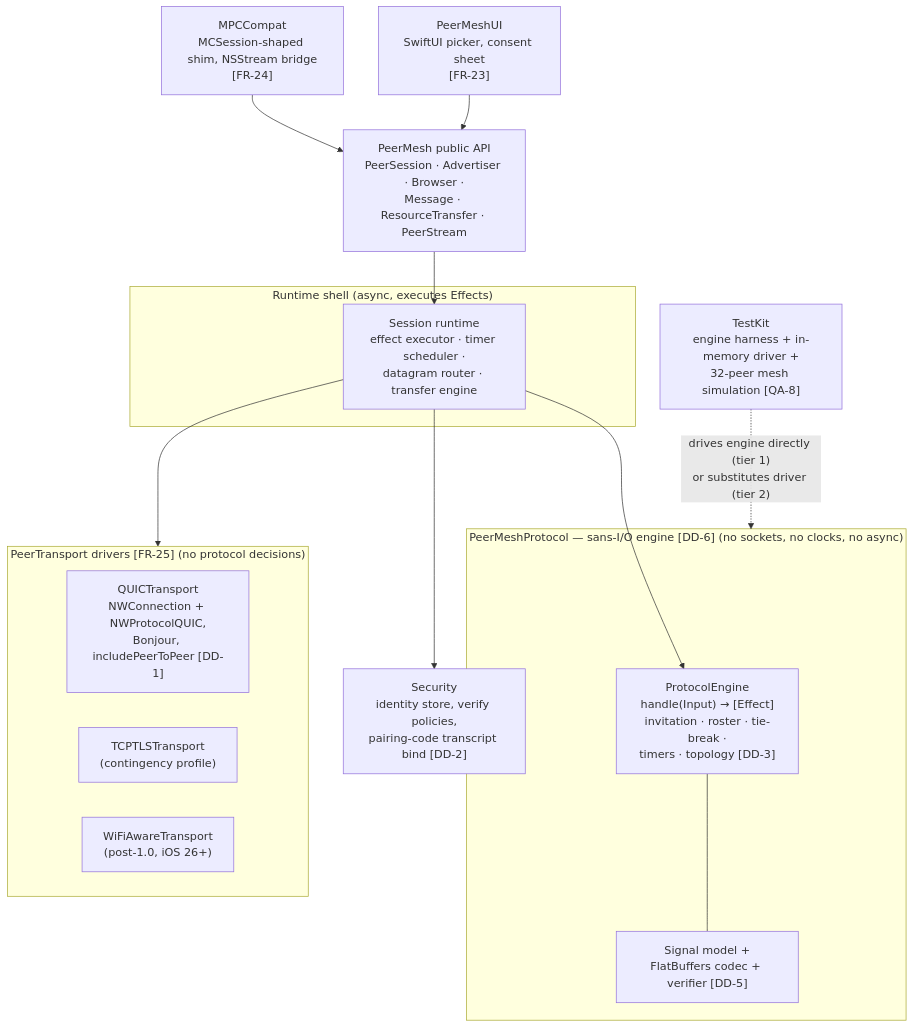
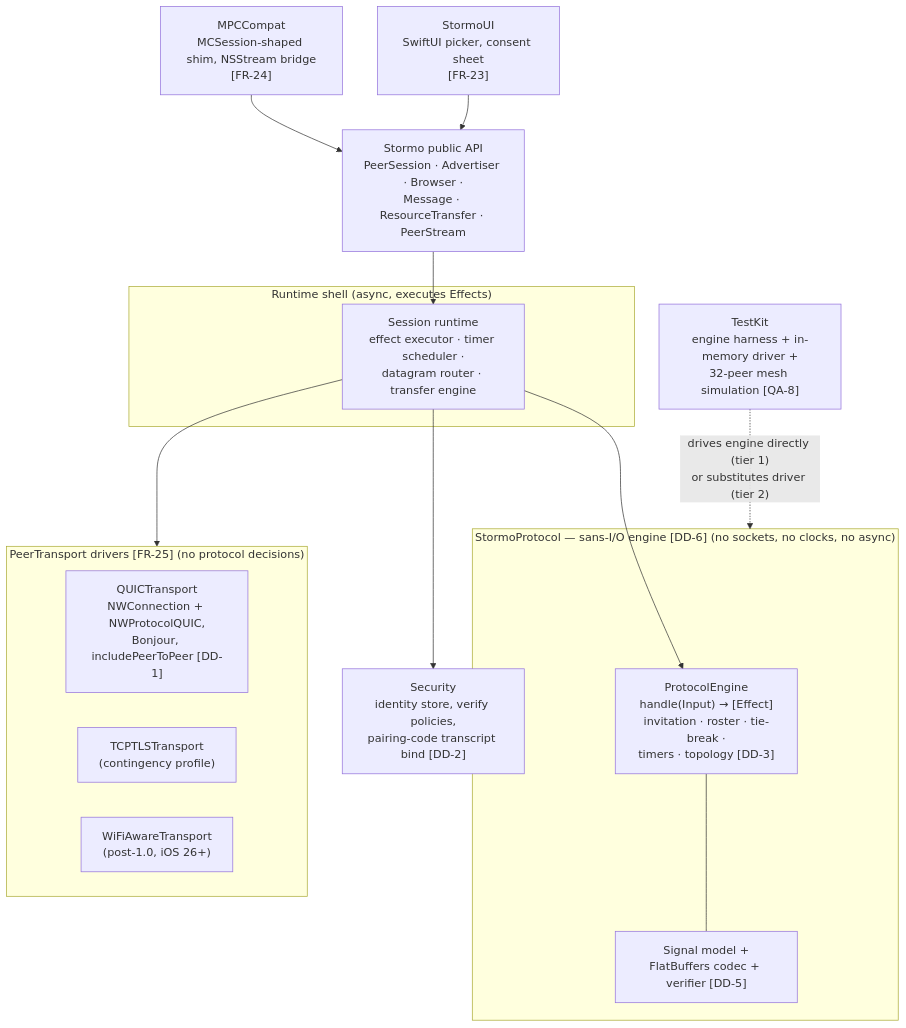
One commit to security-union/Stormo changed the second of 8 diagrams in docs/design-mpc-successor.md. Above: the diagram before and after it, drawn with Mermaid. The commit also changed other lines of this file and 93 other files, not shown here.

First line of the commit message:
Rename the project: PeerMesh → Stormo #major (#14)

````diff
--- a/docs/design-mpc-successor.md
+++ b/docs/design-mpc-successor.md
@@ -292,34 +292,34 @@
 ```mermaid
 flowchart TD
-    UI["PeerMeshUI<br/>SwiftUI picker, consent sheet<br/>[FR-23]"]
+    UI["StormoUI<br/>SwiftUI picker, consent sheet<br/>[FR-23]"]
     COMPAT["MPCCompat<br/>MCSession-shaped shim, NSStream bridge<br/>[FR-24]"]
-    API["PeerMesh public API<br/>PeerSession · Advertiser · Browser ·<br/>Message · ResourceTransfer · PeerStream"]
+    API["Stormo public API<br/>PeerSession · Advertiser · Browser ·<br/>Message · ResourceTransfer · PeerStream"]
 
-    subgraph PROTO["PeerMeshProtocol — sans-I/O engine [DD-6] (no sockets, no clocks, no async)"]
+    subgraph PROTO["StormoProtocol — sans-I/O engine [DD-6] (no sockets, no clocks, no async)"]
         ENGINE["ProtocolEngine<br/>handle(Input) → [Effect]<br/>invitation · roster · tie-break ·<br/>timers · topology [DD-3]"]
         SIGNAL["Signal model +<br/>FlatBuffers codec + verifier [DD-5]"]
     end
 
     SEC["Security<br/>identity store, verify policies,<br/>pairing-code transcript bind [DD-2]"]
 
     subgraph SHELL["Runtime shell (async, executes Effects)"]
         RUNTIME["Session runtime<br/>effect executor · timer scheduler ·<br/>datagram router · transfer engine"]
     end
 
     subgraph TRANS["PeerTransport drivers [FR-25] (no protocol decisions)"]
         QUIC["QUICTransport<br/>NWConnection + NWProtocolQUIC,<br/>Bonjour, includePeerToPeer [DD-1]"]
         TCP["TCPTLSTransport<br/>(contingency profile)"]
         WFA["WiFiAwareTransport<br/>(post-1.0, iOS 26+)"]
     end
 
     TESTKIT["TestKit<br/>engine harness + in-memory driver +<br/>32-peer mesh simulation [QA-8]"]
 
     UI --> API
     COMPAT --> API
     API --> RUNTIME
     RUNTIME --> ENGINE
     ENGINE --- SIGNAL
     RUNTIME --> SEC
     RUNTIME --> TRANS
     TESTKIT -. "drives engine directly (tier 1)<br/>or substitutes driver (tier 2)" .-> PROTO
 ```
````
